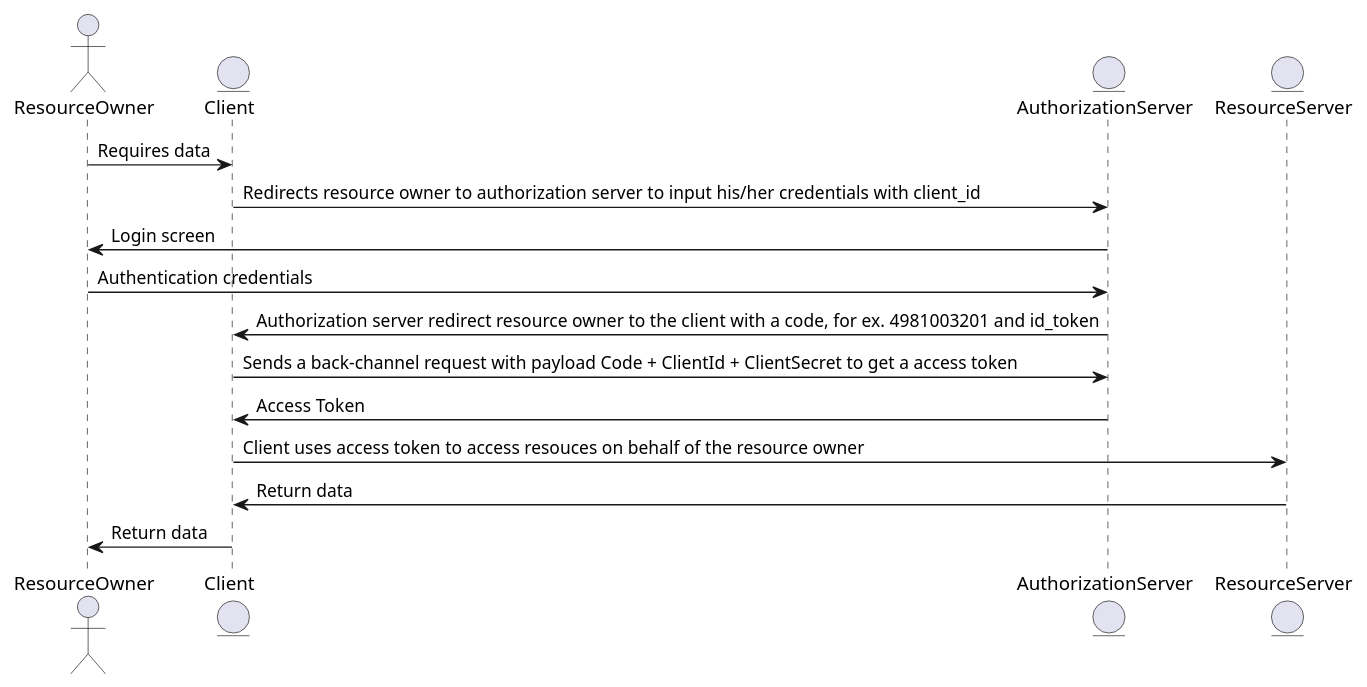
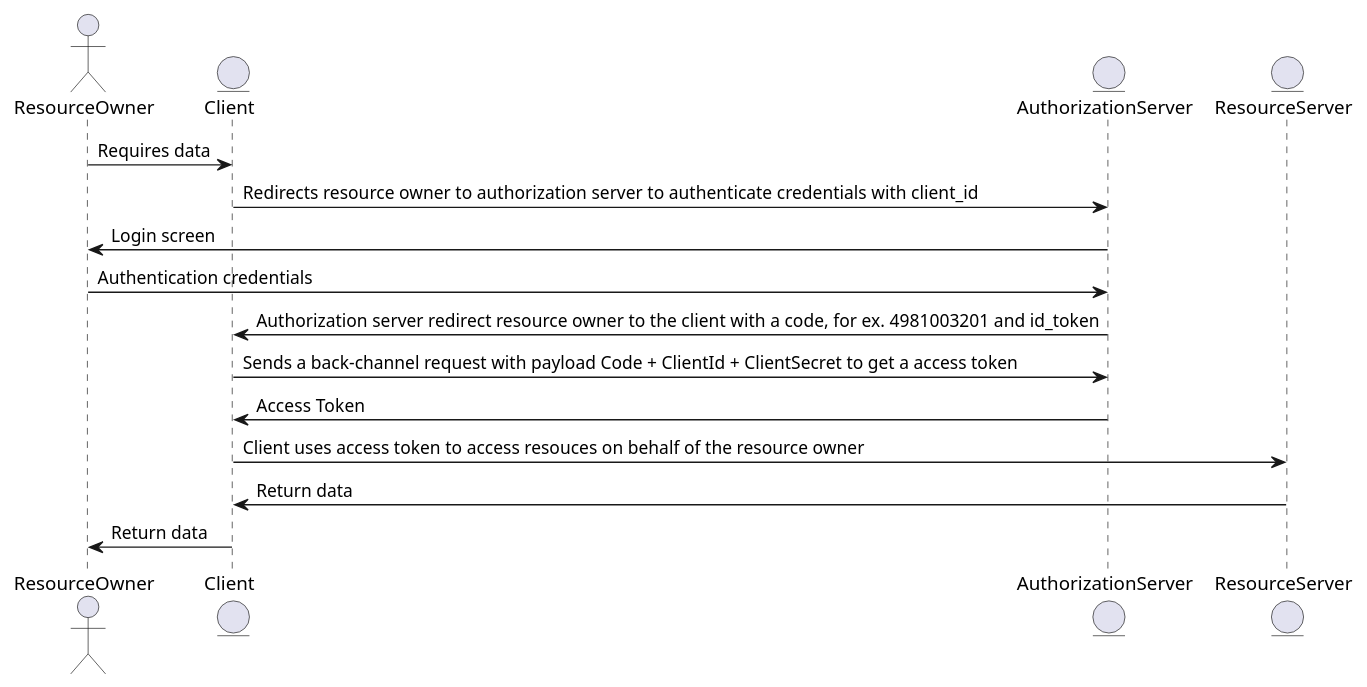
The diagram in assets/oidc-hybrid-flow.pu (saeedmaghdam/oauth2), drawn with PlantUML before and after one commit. The commit also changed 9 other files, not shown here.

Commit message:
changed 'replace his/her credentials' with 'authenticate credentials'

```diff
--- a/assets/oidc-hybrid-flow.pu
+++ b/assets/oidc-hybrid-flow.pu
@@ -1,19 +1,19 @@
 @startuml
 
 actor       ResourceOwner       as user
 entity      Client              as client
 entity      AuthorizationServer as idp
 entity      ResourceServer      as api
 
 user        -> client               : Requires data
-client      -> idp                  : Redirects resource owner to authorization server to input his/her credentials with client_id
+client      -> idp                  : Redirects resource owner to authorization server to authenticate credentials with client_id
 idp         -> user                 : Login screen
 user        -> idp                  : Authentication credentials
 idp         -> client               : Authorization server redirect resource owner to the client with a code, for ex. 4981003201 and id_token
 client      -> idp                  : Sends a back-channel request with payload Code + ClientId + ClientSecret to get a access token
 idp         -> client               : Access Token
 client      -> api                  : Client uses access token to access resouces on behalf of the resource owner
 api         -> client               : Return data
 client      -> user                 : Return data
 
 @enduml
```
